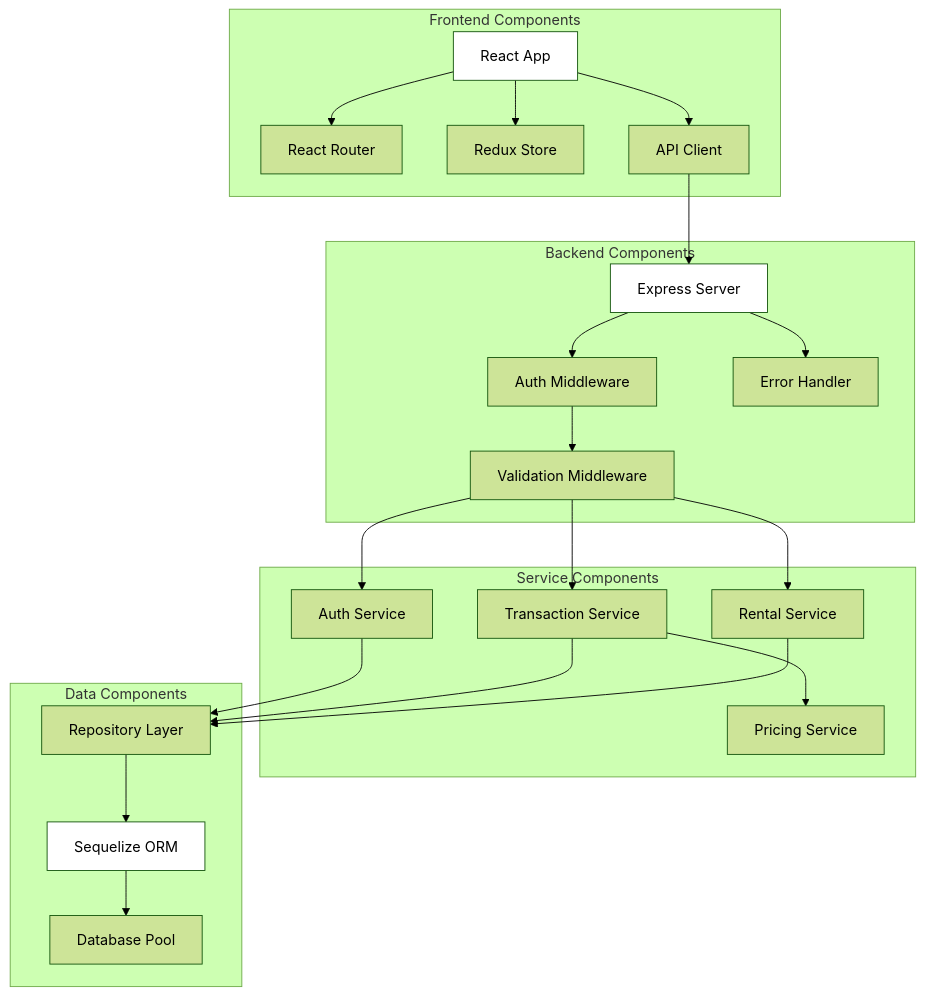
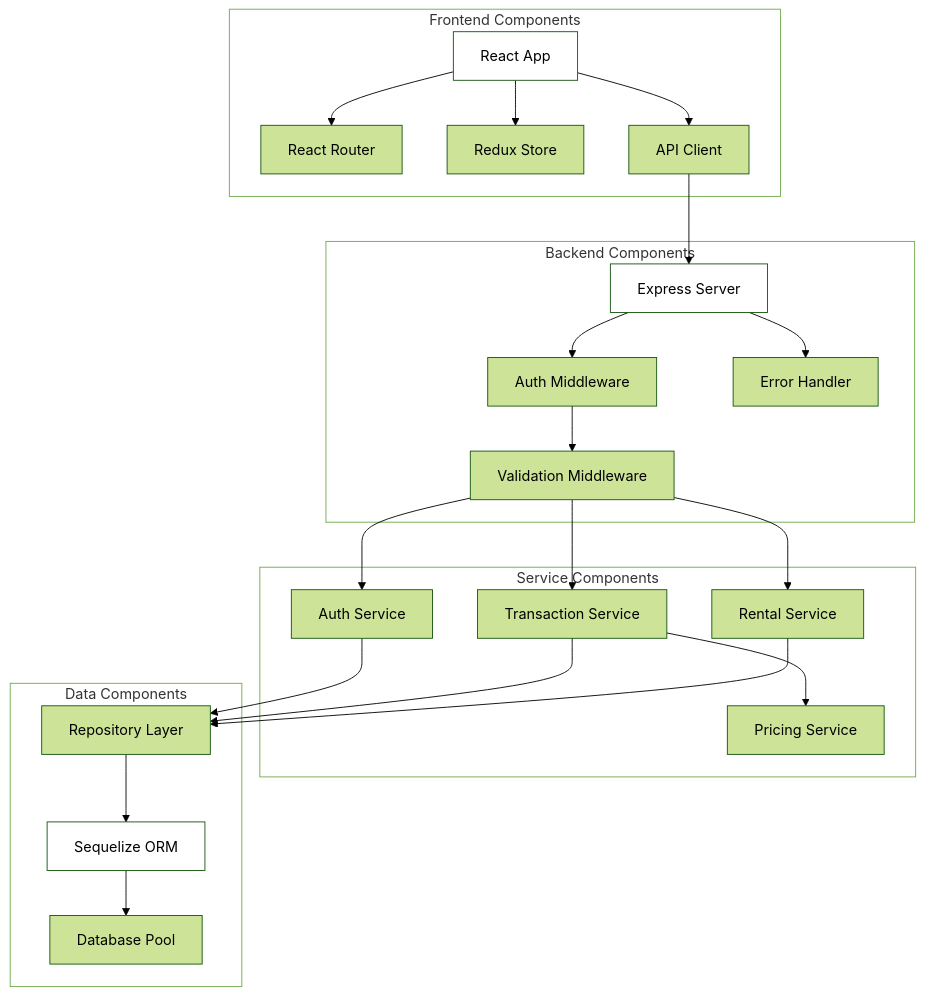
Diagram 15 of 23 in legacy/DIAGRAMS.md (MasterOz786/Re-Engineering-POS), drawn with Mermaid (forest theme) before and after one commit. The commit also changed other lines of this file, not shown here.

Commit message:
Add white background styles to all subgraphs in diagrams

````diff
--- a/legacy/DIAGRAMS.md
+++ b/legacy/DIAGRAMS.md
@@ -1047,54 +1076,58 @@
 ```mermaid
 graph TB
-    subgraph "Frontend Components"
+    subgraph INIT30["Frontend Components"]
         A[React App]
         B[React Router]
         C[Redux Store]
         D[API Client]
     end
     
-    subgraph "Backend Components"
+    subgraph INIT31["Backend Components"]
         E[Express Server]
         F[Auth Middleware]
         G[Validation Middleware]
         H[Error Handler]
     end
     
-    subgraph "Service Components"
+    subgraph INIT32["Service Components"]
         I[Auth Service]
         J[Transaction Service]
         K[Pricing Service]
         L[Rental Service]
     end
     
-    subgraph "Data Components"
+    subgraph INIT33["Data Components"]
         M[Sequelize ORM]
         N[Repository Layer]
         O[Database Pool]
     end
     
     A --> B
     A --> C
     A --> D
     
     D --> E
     E --> F
     F --> G
     G --> I
     G --> J
     G --> L
     
     I --> N
     J --> K
     J --> N
     L --> N
     
     N --> M
     M --> O
     
     E --> H
     
     style A fill:#ffffff
     style E fill:#ffffff
     style M fill:#ffffff
+    style INIT30 fill:#ffffff
+    style INIT31 fill:#ffffff
+    style INIT32 fill:#ffffff
+    style INIT33 fill:#ffffff
 ```
````
